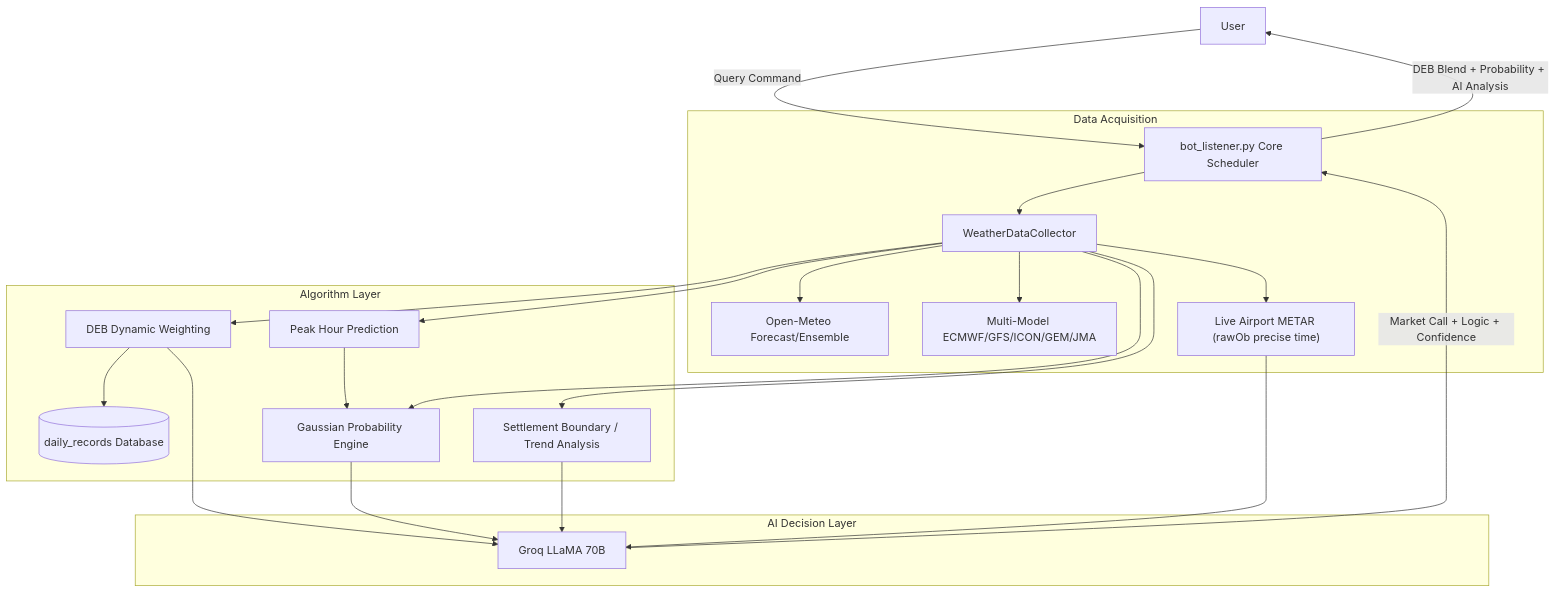
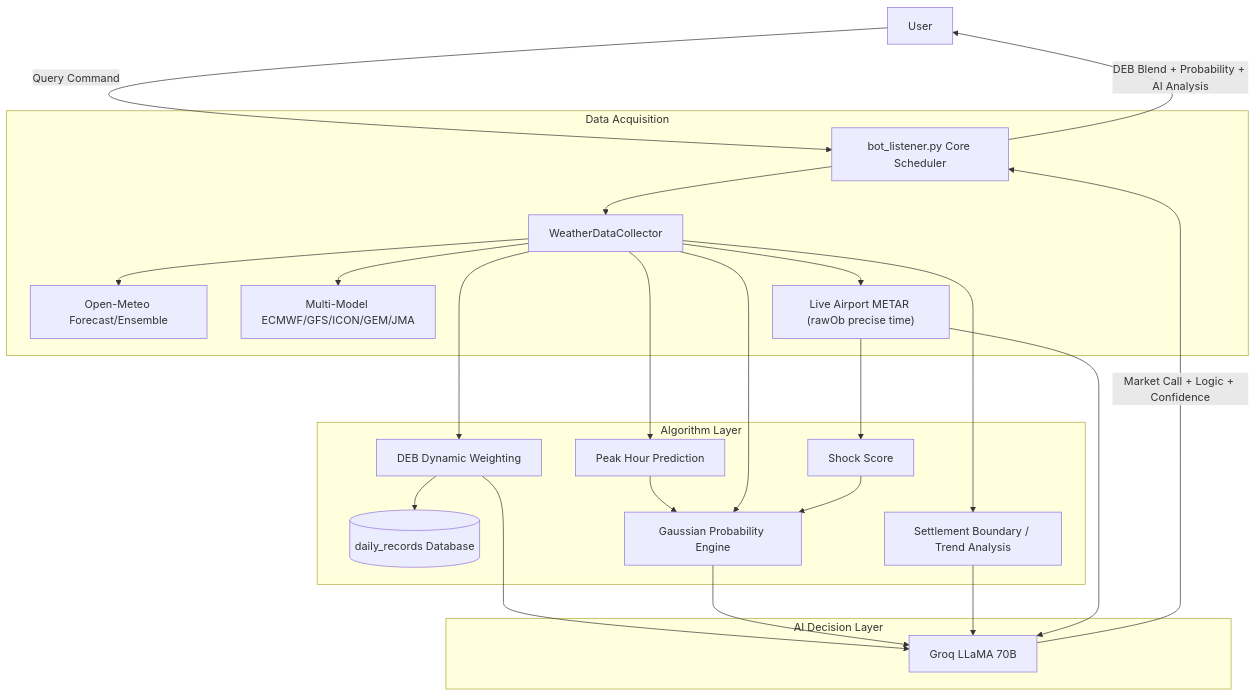
The diagram in README.md (ivanmladek/PolyWeather), drawn with Mermaid before and after one commit. The commit also changed other lines of this file and 1 other file, not shown here.

Commit message:
docs: add Shock Score, MAE sigma floor, DEB bias analysis to both READMEs

````diff
--- a/README.md
+++ b/README.md
@@ -109,30 +117,32 @@
 ```mermaid
 graph TD
     User[User] -->|Query Command| Bot[bot_listener.py Core Scheduler]
 
     subgraph Data Acquisition
         Bot --> Collector[WeatherDataCollector]
         Collector --> OM[Open-Meteo Forecast/Ensemble]
         Collector --> MM[Multi-Model ECMWF/GFS/ICON/GEM/JMA]
         Collector --> METAR["Live Airport METAR (rawOb precise time)"]
     end
 
     subgraph Algorithm Layer
         Collector --> Peak[Peak Hour Prediction]
         Collector --> DEB[DEB Dynamic Weighting]
         DEB --> DB[(daily_records Database)]
         Peak --> Prob[Gaussian Probability Engine]
         Collector --> Prob
+        METAR --> Shock[Shock Score]
+        Shock --> Prob
         Collector --> Logic[Settlement Boundary / Trend Analysis]
     end
 
     subgraph AI Decision Layer
         DEB --> AI[Groq LLaMA 70B]
         Prob --> AI
         Logic --> AI
         METAR --> AI
     end
 
     AI -->|Market Call + Logic + Confidence| Bot
     Bot -->|DEB Blend + Probability + AI Analysis| User
 ```
````
